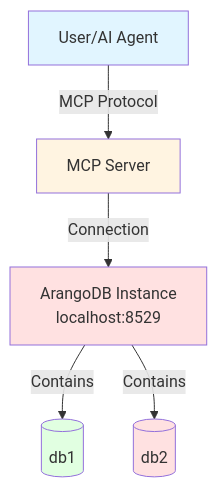
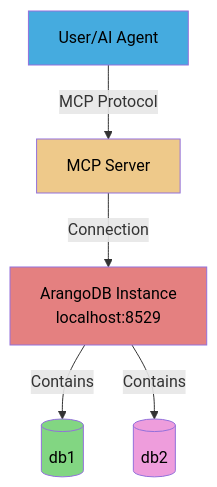
One commit to LittleCoinCoin/mcp-arangodb-async changed the diagram in docs/user-guide/multi-tenancy-scenarios/02-single-instance-multiple-databases.md. Above: the diagram before and after it, drawn with Mermaid. The commit also changed 2 other files, not shown here.

Commit message:
docs: update mermaid color contrast

````diff
--- a/docs/user-guide/multi-tenancy-scenarios/02-single-instance-multiple-databases.md
+++ b/docs/user-guide/multi-tenancy-scenarios/02-single-instance-multiple-databases.md
@@ -27,19 +27,19 @@
 ```mermaid
 graph TB
     User[User/AI Agent]
     MCP[MCP Server]
     Arango[ArangoDB Instance<br/>localhost:8529]
     DB1[(db1)]
     DB2[(db2)]
     
     User -->|MCP Protocol| MCP
     MCP -->|Connection| Arango
     Arango -->|Contains| DB1
     Arango -->|Contains| DB2
     
-    style User fill:#e1f5ff
-    style MCP fill:#fff4e1
-    style Arango fill:#ffe1e1
-    style DB1 fill:#e1ffe1
-    style DB2 fill:#ffe1e1
+    style User fill: #45abdfff,color:#000000
+    style MCP fill: #eec98aff,color:#000000
+    style Arango fill: #e48080ff,color:#000000
+    style DB1 fill: #82d682ff,color:#000000
+    style DB2 fill: #ee9ddcff,color:#000000
 ```
````
